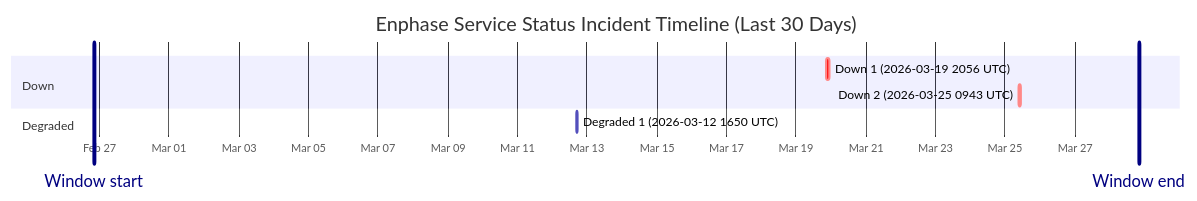
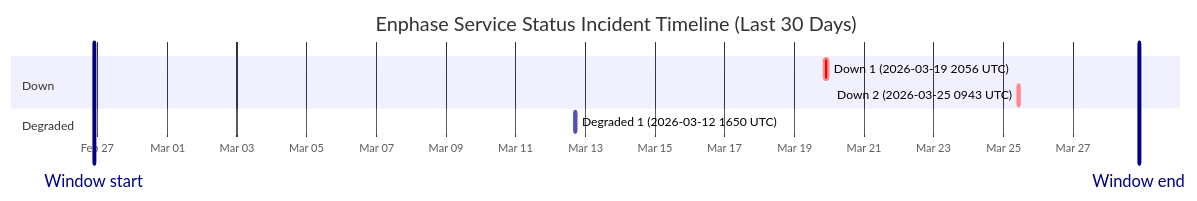
One commit to barneyonline/ha-enphase-ev-charger changed the diagram in wiki/Service-Status-History.md. Above: the diagram before and after it, drawn with Mermaid. The commit also changed other lines of this file and 3 other files, not shown here.

````diff
--- a/wiki/Service-Status-History.md
+++ b/wiki/Service-Status-History.md
@@ -14,13 +14,13 @@
 ```mermaid
 gantt
     title Enphase Service Status Incident Timeline (Last 30 Days)
     dateFormat  YYYY-MM-DDTHH:mm:ss
     axisFormat  %b %d
-    Window start :vert, window-start, 2026-02-26T20:19:25, 0ms
-    Window end :vert, window-end, 2026-03-28T20:19:25, 0ms
+    Window start :vert, window-start, 2026-02-26T21:21:33, 0ms
+    Window end :vert, window-end, 2026-03-28T21:21:33, 0ms
     section Down
     Down 1 (2026-03-19 2056 UTC) :crit, down-1, 2026-03-19T20:56:20, 145m
     Down 2 (2026-03-25 0943 UTC) :crit, down-2, 2026-03-25T09:43:28, 111m
     section Degraded
     Degraded 1 (2026-03-12 1650 UTC) :active, degraded-1, 2026-03-12T16:50:43, 60m
 ```
````
